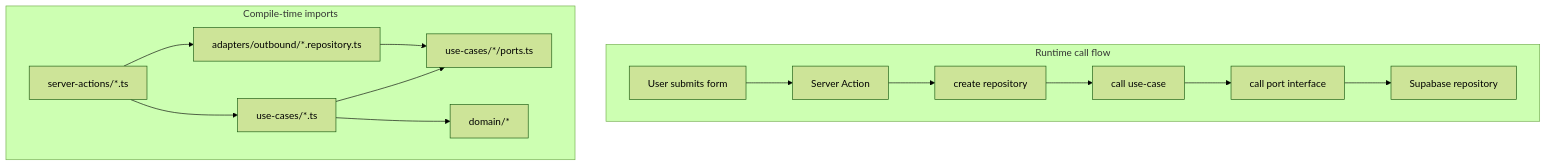
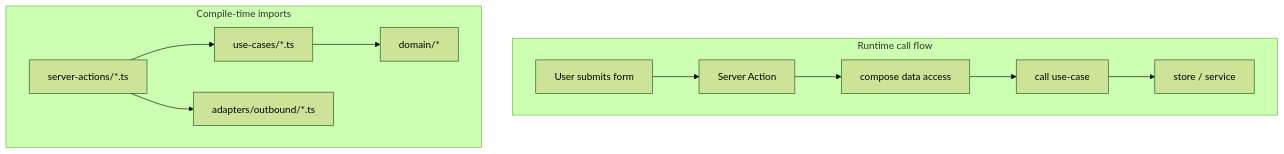
The second of 6 diagrams in docs/architecture-contract.md (clicktronix/nextjs-clean-skills), drawn with Mermaid (forest theme) before and after one commit. The commit also changed other lines of this file and 68 other files, not shown here.

````diff
--- a/docs/architecture-contract.md
+++ b/docs/architecture-contract.md
@@ -101,18 +153,15 @@
 ```mermaid
 flowchart TB
   subgraph Runtime["Runtime call flow"]
     Form["User submits form"] --> Action["Server Action"]
-    Action --> BuildRepo["create repository"]
-    BuildRepo --> UseCase["call use-case"]
-    UseCase --> Port["call port interface"]
-    Port --> Repo["Supabase repository"]
+    Action --> Compose["compose data access"]
+    Compose --> UseCase["call use-case"]
+    UseCase --> Data["store / service"]
   end
 
   subgraph CompileTime["Compile-time imports"]
     ActionFile["server-actions/*.ts"] --> UseCaseFile["use-cases/*.ts"]
-    ActionFile --> RepoFile["adapters/outbound/*.repository.ts"]
-    RepoFile --> PortFile["use-cases/*/ports.ts"]
-    UseCaseFile --> PortFile
+    ActionFile --> DataFile["adapters/outbound/*.ts"]
     UseCaseFile --> DomainFile["domain/*"]
   end
 ```
````
